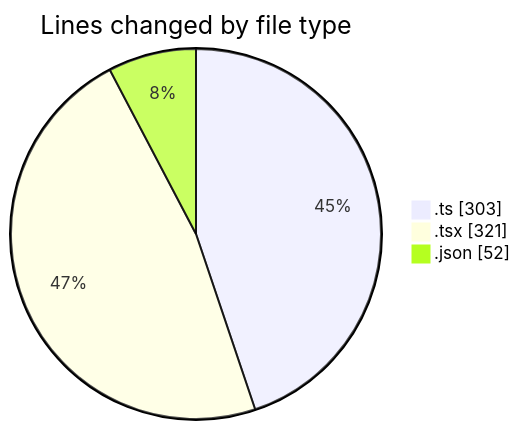
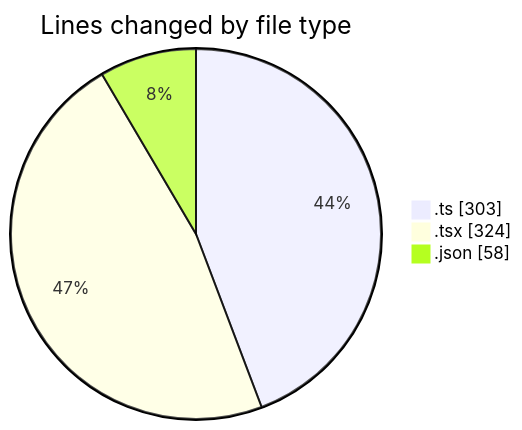
One commit to julien-gomy/code-tracking changed the first of 2 diagrams in 2025-11-24/eventscop-frontend-guide__workspace_/README.md. Above: the diagram before and after it, drawn with Mermaid. The commit also changed other lines of this file and 1 other file, not shown here.

````diff
--- a/2025-11-24/eventscop-frontend-guide__workspace_/README.md
+++ b/2025-11-24/eventscop-frontend-guide__workspace_/README.md
@@ -31,7 +31,7 @@
 ```mermaid
 pie showData
 title Lines changed by file type
 ".ts" : 303
-".tsx" : 321
-".json" : 52
+".tsx" : 324
+".json" : 58
 ```
````
